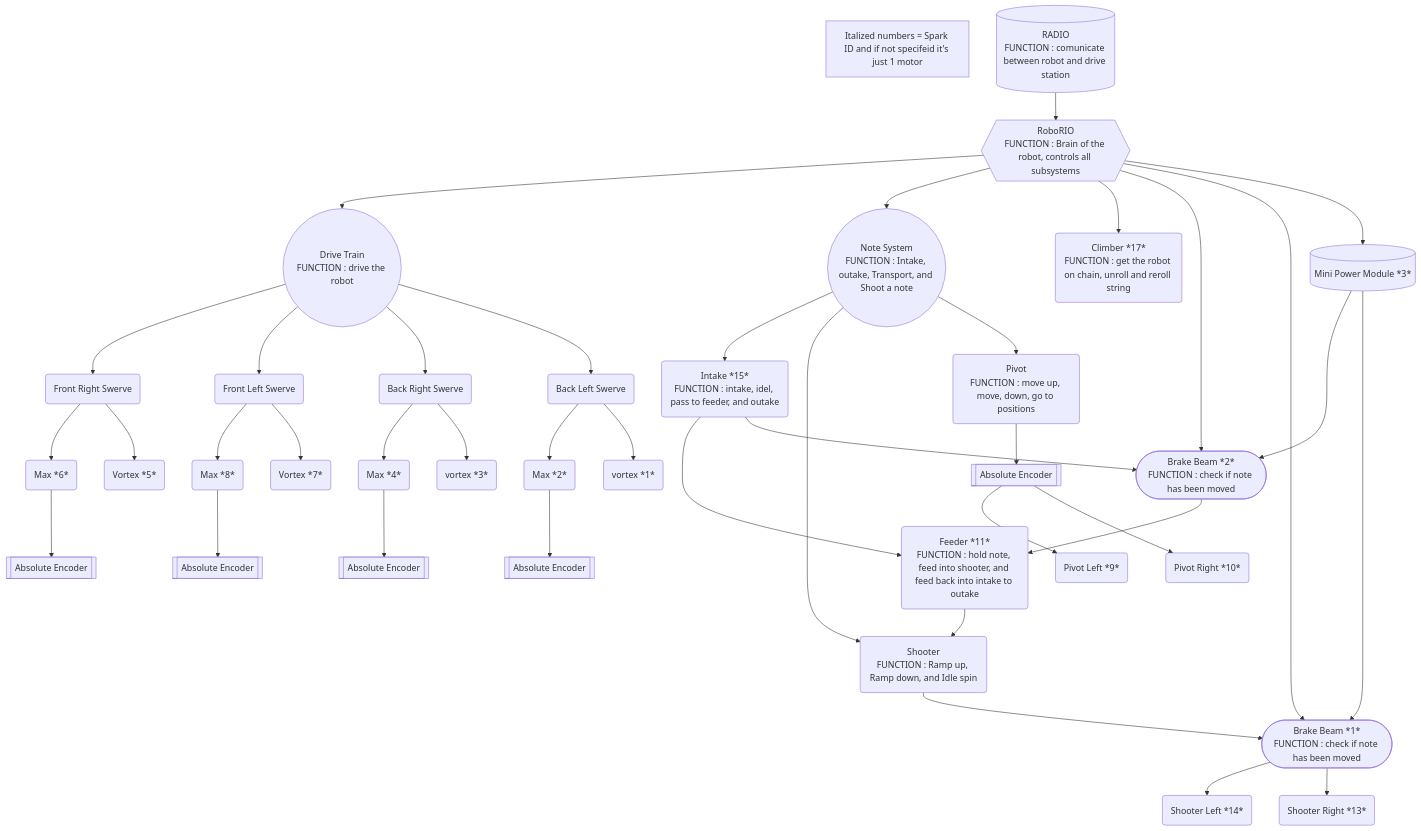
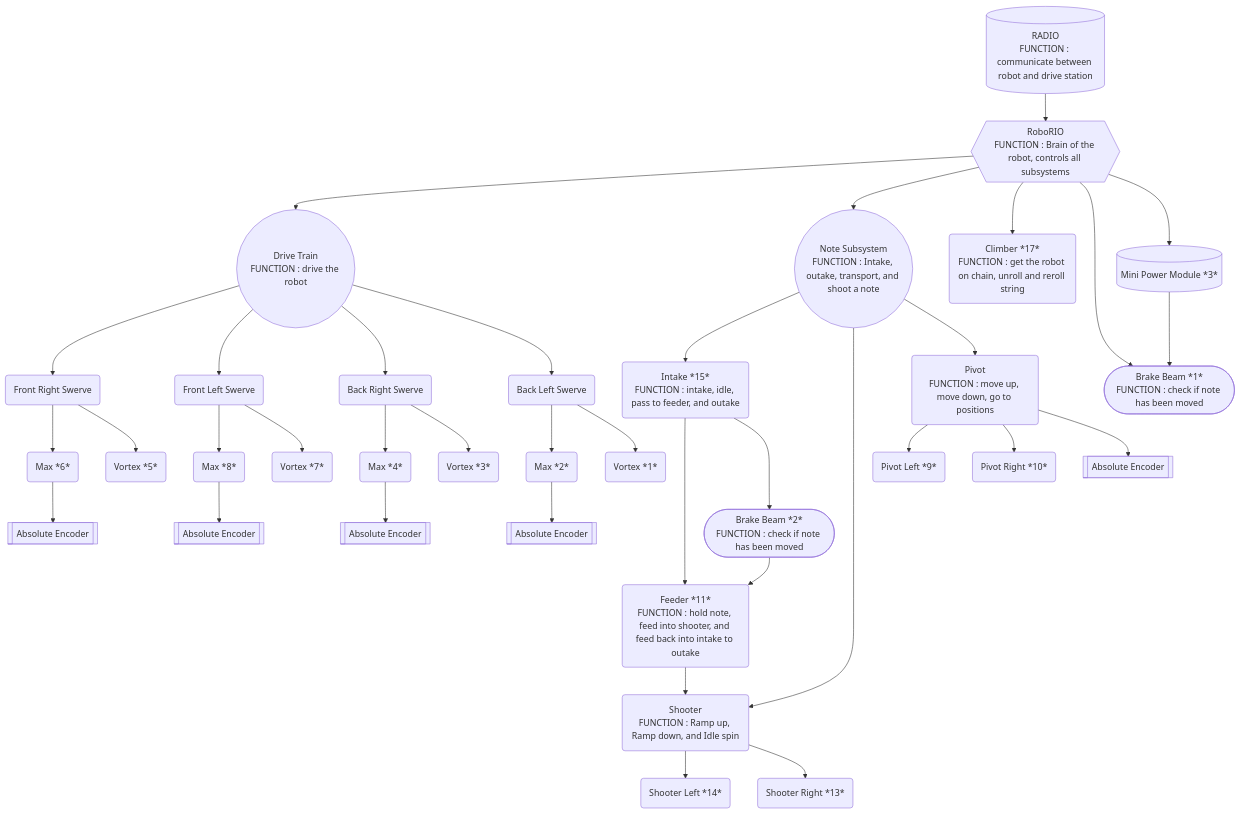
Before and after one commit to richardson-area-wide-robotics/Frc24-Crescendo-1745-OffSeason-AdvantageKit: the diagram in tony_graphs.md, drawn with Mermaid.

Commit message:
Rename var to something i will understand

````diff
--- a/tony_graphs.md
+++ b/tony_graphs.md
@@ -1,52 +1,49 @@
 ```mermaid
 graph TD;
-    A{{RoboRIO
-FUNCTION : Brain of the robot, controls all subsystems}}-->2;
-    2((Drive Train
+    RoboRIO{{RoboRIO
+FUNCTION : Brain of the robot, controls all subsystems}}-->DriveTrain;
+    DriveTrain((Drive Train
 FUNCTION : drive the robot ));
-    A-->3((Note System
-FUNCTION : Intake, outake, Transport, and Shoot a note));
-    3-->B(Intake *15*
-FUNCTION : intake, idel, pass to feeder, and outake);
-    3-->c(Shooter
+    RoboRIO-->NoteSubsystem((Note Subsystem
+FUNCTION : Intake, outake, transport, and shoot a note));
+    NoteSubsystem-->IntakeSystem(Intake *15*
+FUNCTION : intake, idle, pass to feeder, and outake);
+    NoteSubsystem-->ShooterSystem(Shooter
 FUNCTION : Ramp up, Ramp down, and Idle spin);
-    12-->s(Shooter Left *14*);
-    12-->t(Shooter Right *13*);
-    A-->d(Climber *17*
+    ShooterSystem-->ShooterLeft(Shooter Left *14*);
+    ShooterSystem-->ShooterRight(Shooter Right *13*);
+    RoboRIO-->ClimberSystem(Climber *17*
 FUNCTION : get the robot on chain, unroll and reroll string);
-    B-->e(Feeder *11*
-FUNCTION : hold note, feed into shooter, and feed back into intake to outake)-->c;
-    3-->f(Pivot
-FUNCTION : move up, move, down, go to positions);
-    9-->u(Pivot Left *9*)
-    9-->v(Pivot Right *10*)
-    2-->g(Front Right Swerve);
-    2-->h(Front Left Swerve);
-    2-->i(Back Right Swerve);
-    2-->j(Back Left Swerve);
-    g-->k(Max *6*);
-    h-->l(Max *8*);
-    i-->m(Max *4*);
-    j-->n(Max *2*);
-    g-->o(Vortex *5*);
-    h-->p(Vortex *7*);
-    i-->q(vortex *3*);
-    j-->r(vortex *1*);
-    k-->5[[Absolute Encoder]];
-    l-->6[[Absolute Encoder]];
-    m-->7[[Absolute Encoder]];
-    n-->8[[Absolute Encoder]];
-    f-->9[[Absolute Encoder]];
-    15--->11
-    A-->11
-    B-->11([Brake Beam *2*
-FUNCTION : check if note has been moved])-->e;
-    A-->12
-    c-->12([Brake Beam *1*
+    IntakeSystem-->FeederSystem(Feeder *11*
+FUNCTION : hold note, feed into shooter, and feed back into intake to outake)-->ShooterSystem;
+    NoteSubsystem-->PivotSystem(Pivot
+FUNCTION : move up, move down, go to positions);
+    PivotSystem-->PivotLeft(Pivot Left *9*);
+    PivotSystem-->PivotRight(Pivot Right *10*);
+    DriveTrain-->FrontRightSwerve(Front Right Swerve);
+    DriveTrain-->FrontLeftSwerve(Front Left Swerve);
+    DriveTrain-->BackRightSwerve(Back Right Swerve);
+    DriveTrain-->BackLeftSwerve(Back Left Swerve);
+    FrontRightSwerve-->MaxFR(Max *6*);
+    FrontLeftSwerve-->MaxFL(Max *8*);
+    BackRightSwerve-->MaxBR(Max *4*);
+    BackLeftSwerve-->MaxBL(Max *2*);
+    FrontRightSwerve-->VortexFR(Vortex *5*);
+    FrontLeftSwerve-->VortexFL(Vortex *7*);
+    BackRightSwerve-->VortexBR(Vortex *3*);
+    BackLeftSwerve-->VortexBL(Vortex *1*);
+    MaxFR-->EncoderFR[[Absolute Encoder]];
+    MaxFL-->EncoderFL[[Absolute Encoder]];
+    MaxBR-->EncoderBR[[Absolute Encoder]];
+    MaxBL-->EncoderBL[[Absolute Encoder]];
+    PivotSystem-->PivotEncoder[[Absolute Encoder]];
+    IntakeSystem--->BrakeBeamNote([Brake Beam *2*
+FUNCTION : check if note has been moved])-->FeederSystem;
+    RoboRIO-->ShooterBrakeBeam([Brake Beam *1*
 FUNCTION : check if note has been moved]);
-    A-->15[(Mini Power Module *3*)]-->12;
-    25[Italized numbers = Spark ID and if not specifeid it's just 1 motor];
-    75[(RADIO
-FUNCTION : comunicate between robot and drive station)]-->A;
+    RoboRIO-->MiniPowerModule[(Mini Power Module *3*)]-->ShooterBrakeBeam;
+    RADIO[(RADIO
+FUNCTION : communicate between robot and drive station)]-->RoboRIO;
+
 
 ```
````
